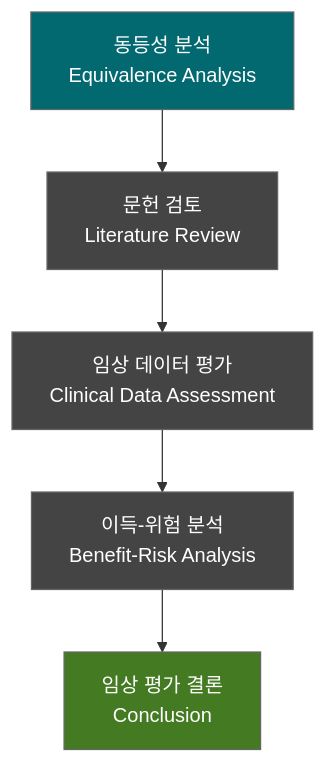
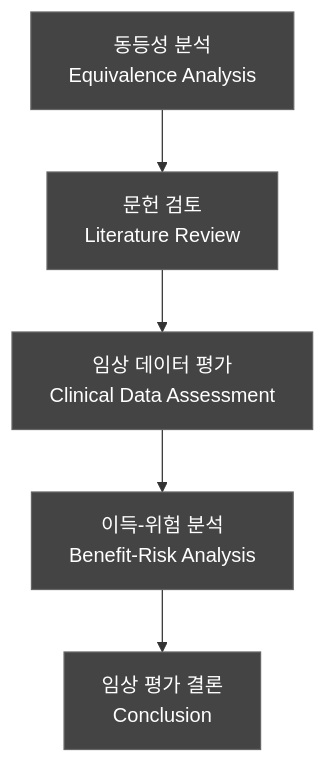
The diagram in docs/verification/DOC-029_CER_v1.0.md (holee9/console-gui), drawn with Mermaid before and after one commit. The commit also changed 35 other files, not shown here.

First line of the commit message:
fix: 전체 Mermaid 차트 색상 진한 회색 통일

````diff
--- a/docs/verification/DOC-029_CER_v1.0.md
+++ b/docs/verification/DOC-029_CER_v1.0.md
@@ -30,11 +30,11 @@
 ```mermaid
 flowchart TD
     classDef default fill:#444,stroke:#666,color:#fff
     A[동등성 분석<br/>Equivalence Analysis] --> B[문헌 검토<br/>Literature Review]
     B --> C[임상 데이터 평가<br/>Clinical Data Assessment]
     C --> D[이득-위험 분석<br/>Benefit-Risk Analysis]
     D --> E[임상 평가 결론<br/>Conclusion]
     
-    style A fill:#01696F,color:#fff
-    style E fill:#437A22,color:#fff
+    style A fill:#444,color:#fff
+    style E fill:#444,color:#fff
 ```
````
